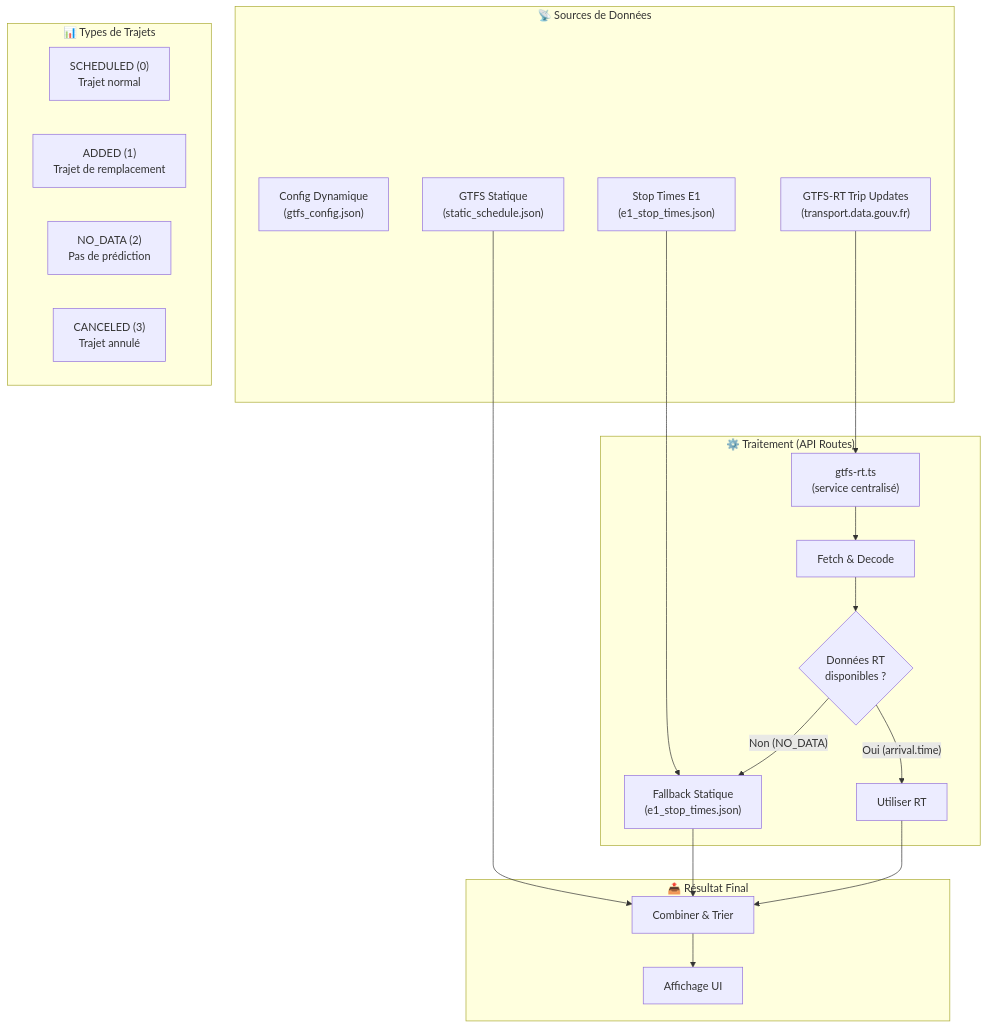
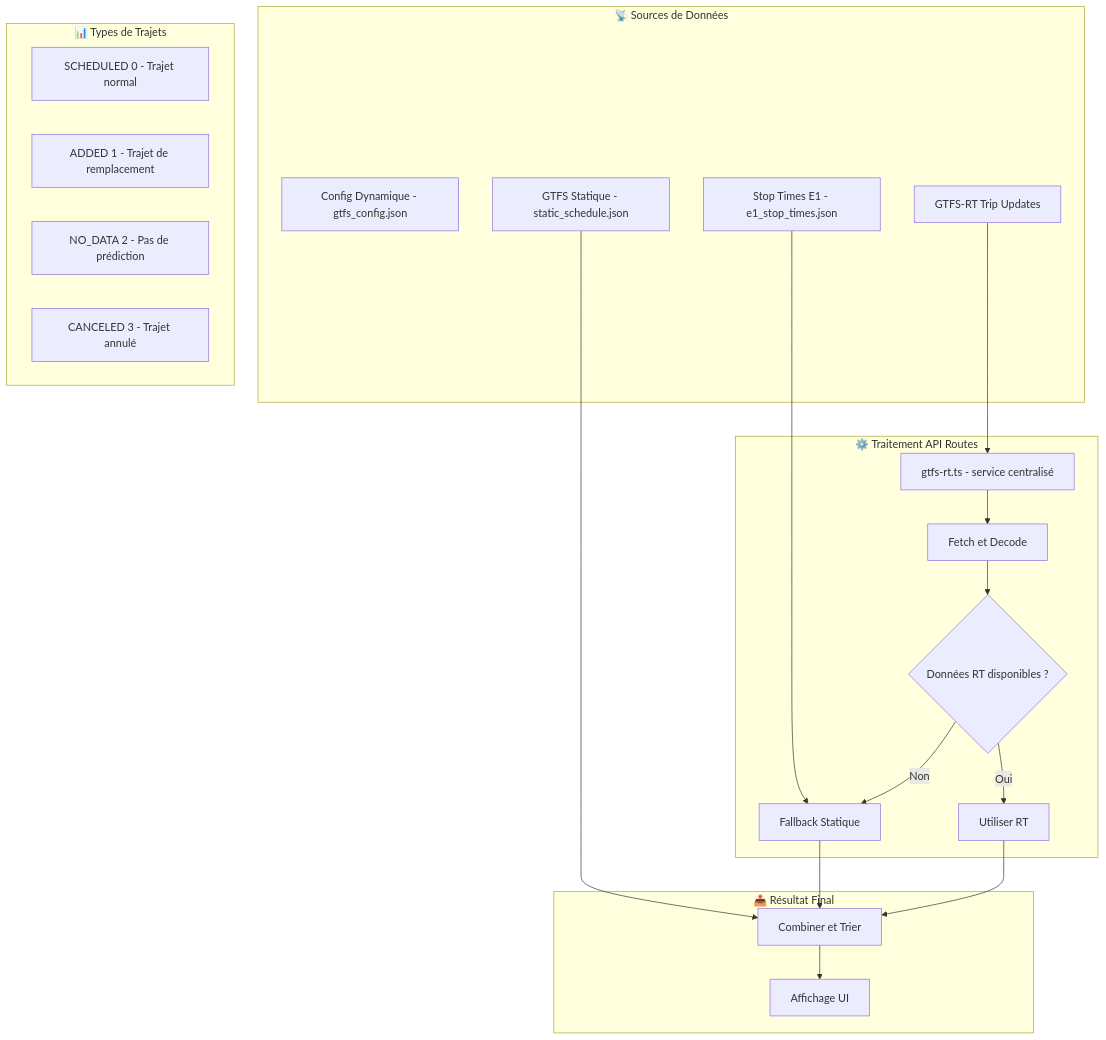
One commit to nickdesi/BusTrainGerzat changed the first of 3 diagrams in README.md. Above: the diagram before and after it, drawn with Mermaid. The commit also changed other lines of this file and 37 other files, not shown here.

````diff
--- a/README.md
+++ b/README.md
@@ -132,36 +132,36 @@
 ```mermaid
 flowchart TD
     subgraph Sources["📡 Sources de Données"]
-        GTFS_CONFIG["Config Dynamique<br/>(gtfs_config.json)"]
-        GTFS_STATIC["GTFS Statique<br/>(static_schedule.json)"]
-        E1_STOP_TIMES["Stop Times E1<br/>(e1_stop_times.json)"]
-        GTFS_RT["GTFS-RT Trip Updates<br/>(transport.data.gouv.fr)"]
+        GTFS_CONFIG["Config Dynamique - gtfs_config.json"]
+        GTFS_STATIC["GTFS Statique - static_schedule.json"]
+        E1_STOP_TIMES["Stop Times E1 - e1_stop_times.json"]
+        GTFS_RT["GTFS-RT Trip Updates"]
     end
 
-    subgraph Processing["⚙️ Traitement (API Routes)"]
-        GTFS_SERVICE["gtfs-rt.ts<br/>(service centralisé)"]
-        FETCH["Fetch & Decode"]
-        CHECK_DATA{"Données RT<br/>disponibles ?"}
+    subgraph Processing["⚙️ Traitement API Routes"]
+        GTFS_SERVICE["gtfs-rt.ts - service centralisé"]
+        FETCH["Fetch et Decode"]
+        CHECK_DATA{"Données RT disponibles ?"}
         USE_RT["Utiliser RT"]
-        USE_STATIC["Fallback Statique<br/>(e1_stop_times.json)"]
+        USE_STATIC["Fallback Statique"]
     end
 
     subgraph Classification["📊 Types de Trajets"]
-        SCHEDULED["SCHEDULED (0)<br/>Trajet normal"]
-        ADDED["ADDED (1)<br/>Trajet de remplacement"]
-        NO_DATA["NO_DATA (2)<br/>Pas de prédiction"]
-        CANCELED["CANCELED (3)<br/>Trajet annulé"]
+        SCHEDULED["SCHEDULED 0 - Trajet normal"]
+        ADDED["ADDED 1 - Trajet de remplacement"]
+        NO_DATA["NO_DATA 2 - Pas de prédiction"]
+        CANCELED["CANCELED 3 - Trajet annulé"]
     end
 
     subgraph Output["📤 Résultat Final"]
-        COMBINE["Combiner & Trier"]
+        COMBINE["Combiner et Trier"]
         DISPLAY["Affichage UI"]
     end
 
     GTFS_STATIC --> COMBINE
     E1_STOP_TIMES --> USE_STATIC
     GTFS_RT --> GTFS_SERVICE --> FETCH --> CHECK_DATA
-    CHECK_DATA -->|"Oui (arrival.time)"| USE_RT --> COMBINE
-    CHECK_DATA -->|"Non (NO_DATA)"| USE_STATIC --> COMBINE
+    CHECK_DATA -->|Oui| USE_RT --> COMBINE
+    CHECK_DATA -->|Non| USE_STATIC --> COMBINE
     COMBINE --> DISPLAY
 ```
````
